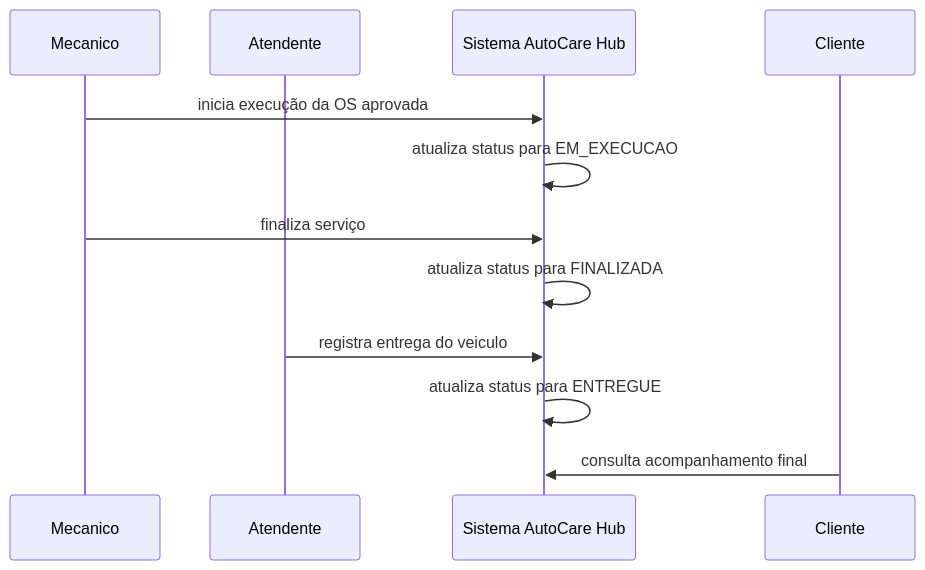
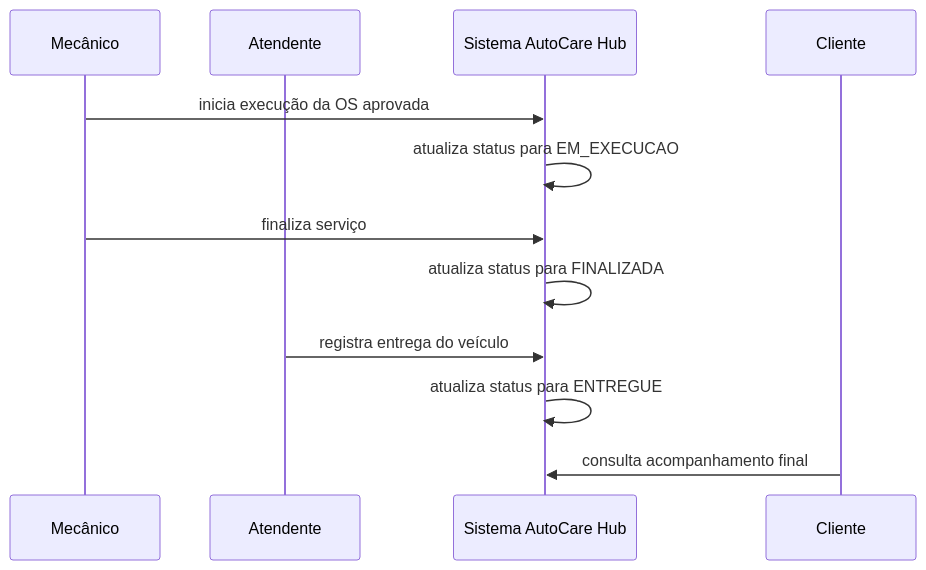
The third of 4 diagrams in docs/DOMAIN_STORYTELLING.md (yxsbx/SOAT-FIAP), drawn with Mermaid before and after one commit. The commit also changed other lines of this file and 13 other files, not shown here.

````diff
--- a/docs/DOMAIN_STORYTELLING.md
+++ b/docs/DOMAIN_STORYTELLING.md
@@ -166,15 +169,15 @@
 ```mermaid
 sequenceDiagram
-    participant Mecanico as Mecanico
+    participant Mecanico as Mecânico
     participant Atendente
     participant Sistema as Sistema AutoCare Hub
     participant Cliente
 
     Mecanico->>Sistema: inicia execução da OS aprovada
     Sistema->>Sistema: atualiza status para EM_EXECUCAO
     Mecanico->>Sistema: finaliza serviço
     Sistema->>Sistema: atualiza status para FINALIZADA
-    Atendente->>Sistema: registra entrega do veiculo
+    Atendente->>Sistema: registra entrega do veículo
     Sistema->>Sistema: atualiza status para ENTREGUE
     Cliente->>Sistema: consulta acompanhamento final
 ```
````
